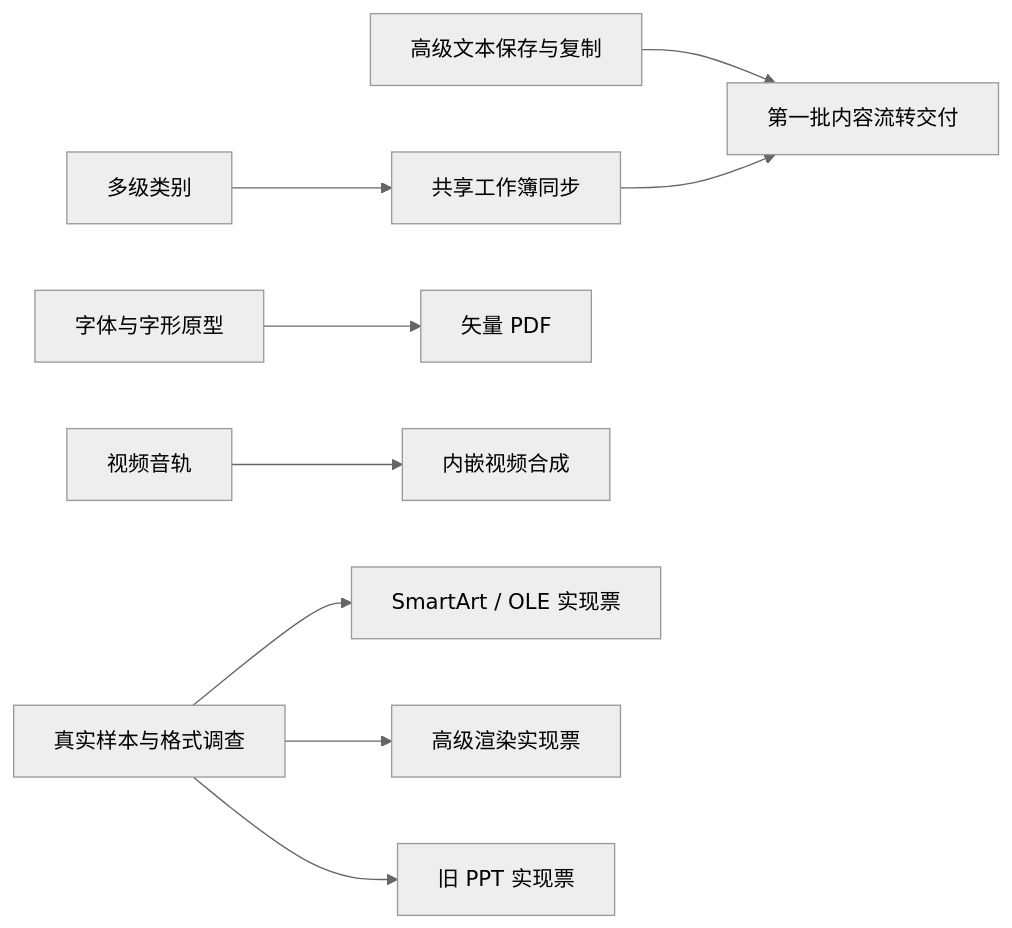
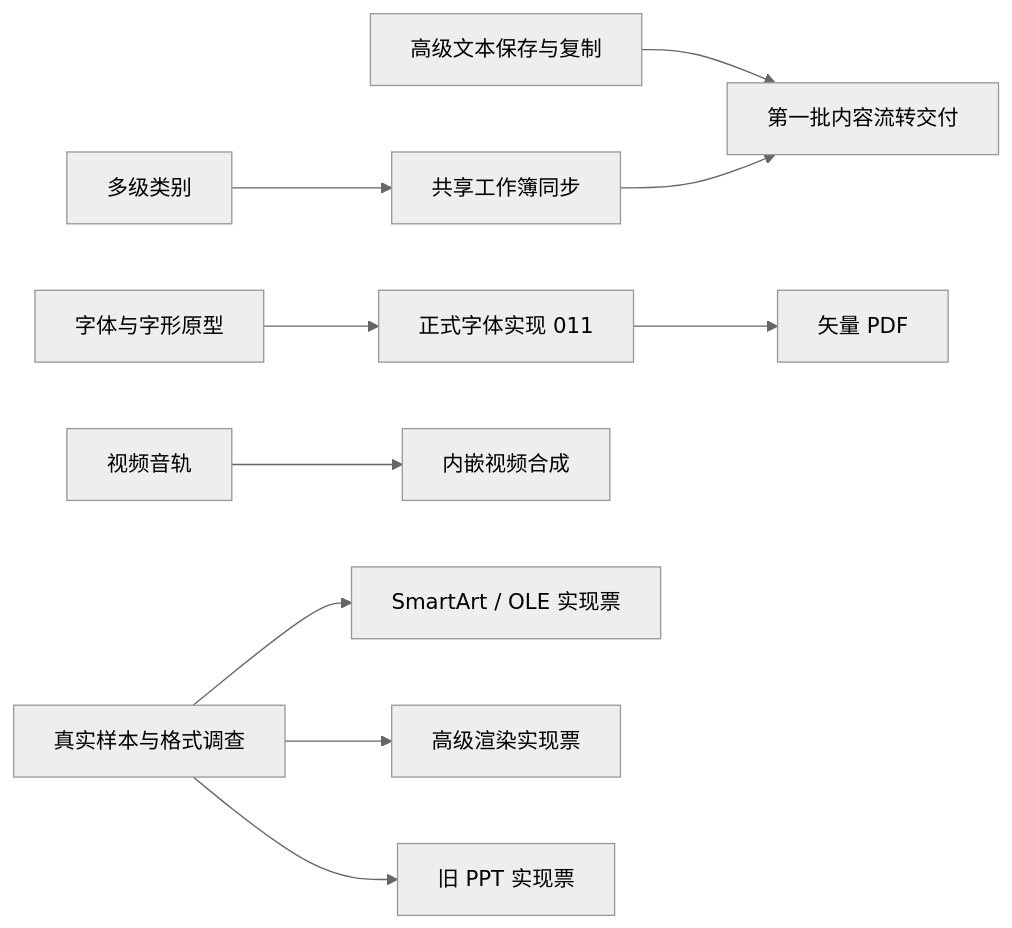
The diagram in docs/wayfinder/ppt-portability-fidelity/plan.md (unStone/web-ppt), drawn with Mermaid (neutral theme) before and after one commit. The commit also changed other lines of this file and 10 other files, not shown here.

````diff
--- a/docs/wayfinder/ppt-portability-fidelity/plan.md
+++ b/docs/wayfinder/ppt-portability-fidelity/plan.md
@@ -24,11 +24,11 @@
 ```mermaid
 flowchart LR
     R["高级文本保存与复制"] --> A["第一批内容流转交付"]
     C["多级类别"] --> W["共享工作簿同步"]
     W --> A
-    F["字体与字形原型"] --> P["矢量 PDF"]
+    F["字体与字形原型"] --> FI["正式字体实现 011"] --> P["矢量 PDF"]
     U["视频音轨"] --> V["内嵌视频合成"]
     S["真实样本与格式调查"] --> O["SmartArt / OLE 实现票"]
     S --> E["高级渲染实现票"]
     S --> B["旧 PPT 实现票"]
 ```
````
